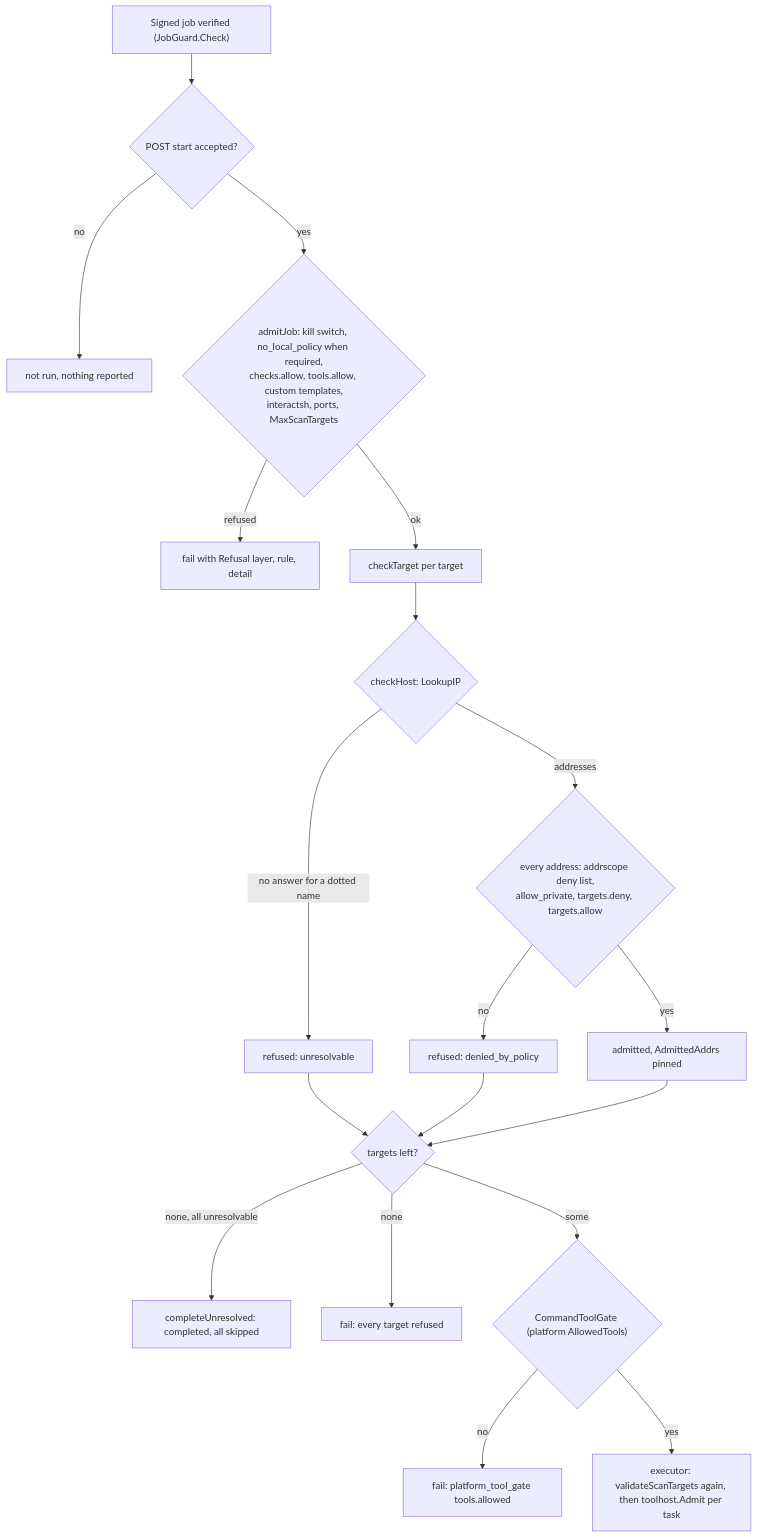
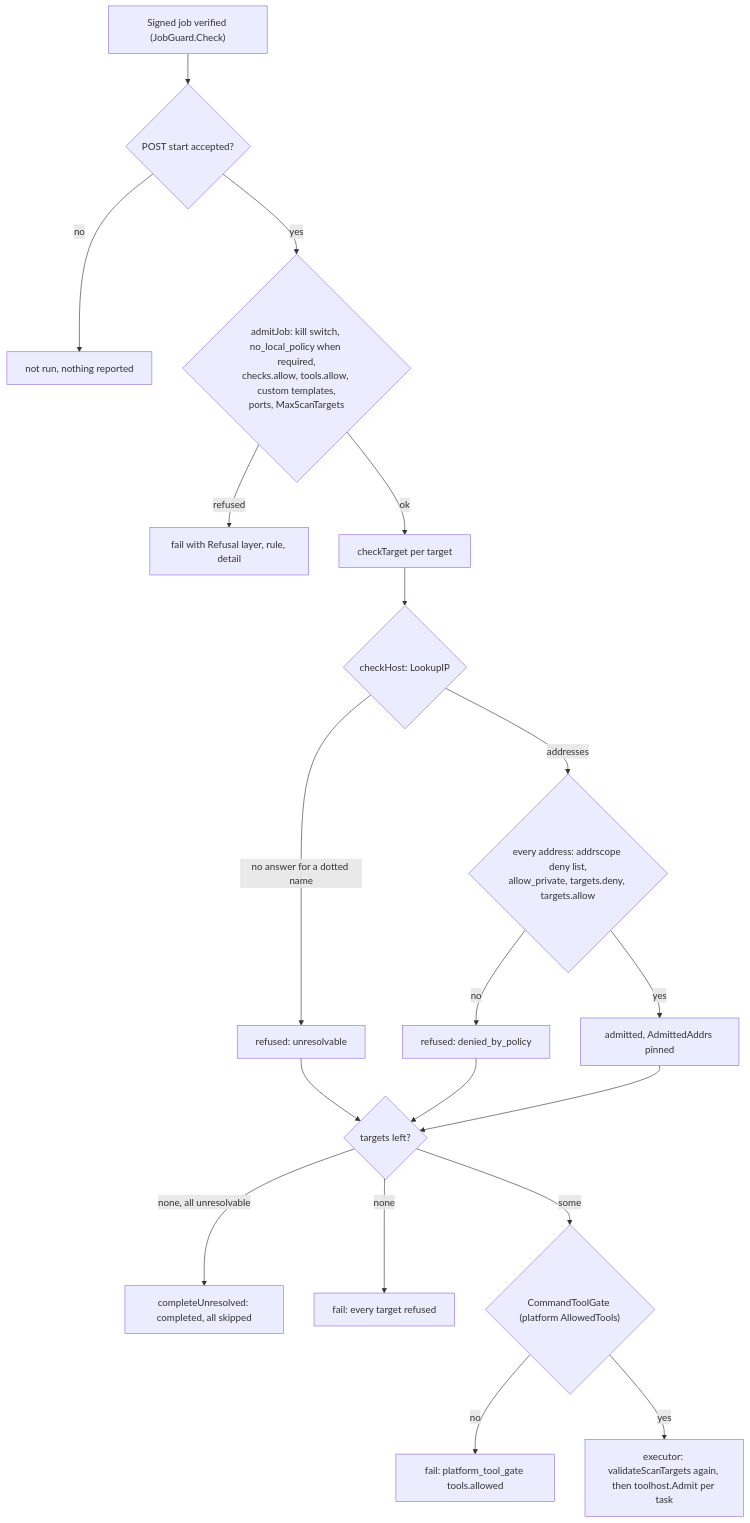
One commit to openctemio/sdk-go changed the first of 2 diagrams in docs/SECURITY.md. Above: the diagram before and after it, drawn with Mermaid. The commit also changed other lines of this file and 21 other files, not shown here.

First line of the commit message:
fix(oob): callbacks only through the sensor's own interaction server; a policy refusal narrows the job

````diff
--- a/docs/SECURITY.md
+++ b/docs/SECURITY.md
@@ -258,19 +258,19 @@
 ```mermaid
 flowchart TD
     J["Signed job verified (JobGuard.Check)"] --> ST{"POST start accepted?"}
     ST -- "no" --> NR["not run, nothing reported"]
-    ST -- "yes" --> AJ{"admitJob: kill switch, no_local_policy when required,<br/>checks.allow, tools.allow, custom templates,<br/>interactsh, ports, MaxScanTargets"}
+    ST -- "yes" --> AJ{"admitJob: kill switch, no_local_policy when required,<br/>checks.allow, tools.allow, custom templates,<br/>ports, MaxScanTargets"}
     AJ -- "refused" --> F1["fail with Refusal layer, rule, detail"]
     AJ -- "ok" --> PT["checkTarget per target"]
     PT --> R{"checkHost: LookupIP"}
     R -- "no answer for a dotted name" --> U["refused: unresolvable"]
     R -- "addresses" --> A{"every address: addrscope deny list,<br/>allow_private, targets.deny, targets.allow"}
     A -- "no" --> D["refused: denied_by_policy"]
     A -- "yes" --> P["admitted, AdmittedAddrs pinned"]
     U & D & P --> L{"targets left?"}
     L -- "none, all unresolvable" --> CU["completeUnresolved: completed, all skipped"]
     L -- "none" --> F2["fail: every target refused"]
     L -- "some" --> TG{"CommandToolGate (platform AllowedTools)"}
     TG -- "no" --> F3["fail: platform_tool_gate tools.allowed"]
     TG -- "yes" --> EX["executor: validateScanTargets again, then toolhost.Admit per task"]
 ```
````
